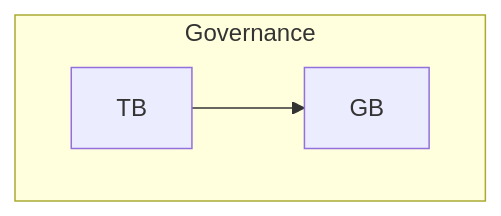
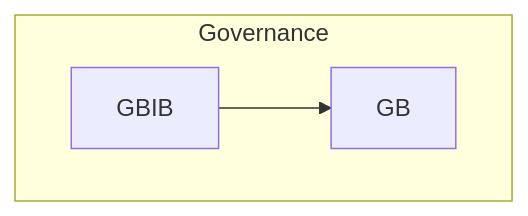
The second of 3 diagrams in thought_simulator/20_requirements/20.725_governance_flows.md (CuriousOne23/WhenMathPrays), drawn with Mermaid before and after one commit. The commit also changed other lines of this file, not shown here.

Commit message:
Update governance flow descriptions and titles

````diff
--- a/thought_simulator/20_requirements/20.725_governance_flows.md
+++ b/thought_simulator/20_requirements/20.725_governance_flows.md
@@ -56,7 +56,7 @@
 ```mermaid
 flowchart LR
     subgraph Governance
         direction LR
-        TB[TB] --> GB[GB]
+        GBIB[GBIB] --> GB[GB]
     end
 ```
````
